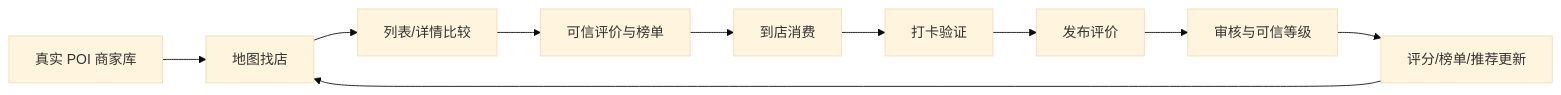
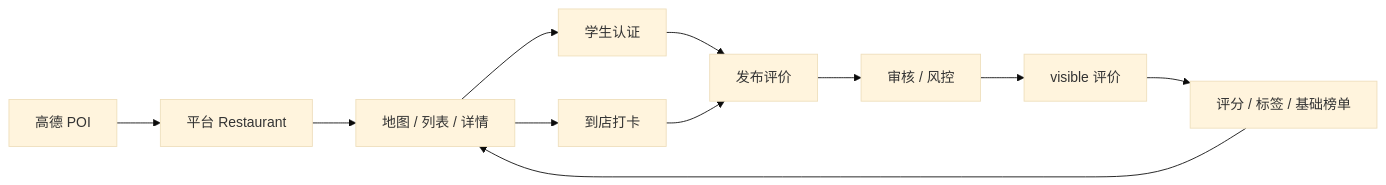
The diagram in PRD.md (ruozhishimeng/yuelushiji), drawn with Mermaid (base theme) before and after one commit. The commit also changed other lines of this file and 27 other files, not shown here.

````diff
--- a/PRD.md
+++ b/PRD.md
@@ -839,12 +1012,13 @@
 ```mermaid
 flowchart LR
-  A["真实 POI 商家库"] --> B["地图找店"]
-  B --> C["列表/详情比较"]
-  C --> D["可信评价与榜单"]
-  D --> E["到店消费"]
-  E --> F["打卡验证"]
-  F --> G["发布评价"]
-  G --> H["审核与可信等级"]
-  H --> I["评分/榜单/推荐更新"]
-  I --> B
+  A["高德 POI"] --> B["平台 Restaurant"]
+  B --> C["地图 / 列表 / 详情"]
+  C --> D["学生认证"]
+  C --> E["到店打卡"]
+  D --> F["发布评价"]
+  E --> F
+  F --> G["审核 / 风控"]
+  G --> H["visible 评价"]
+  H --> I["评分 / 标签 / 基础榜单"]
+  I --> C
 ```
````
